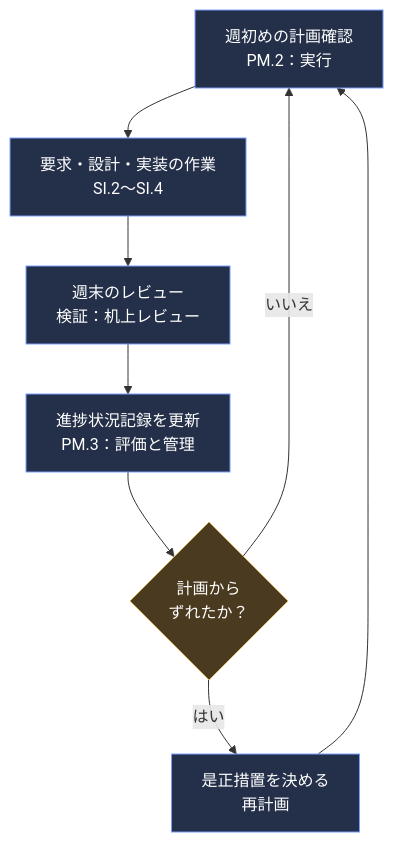
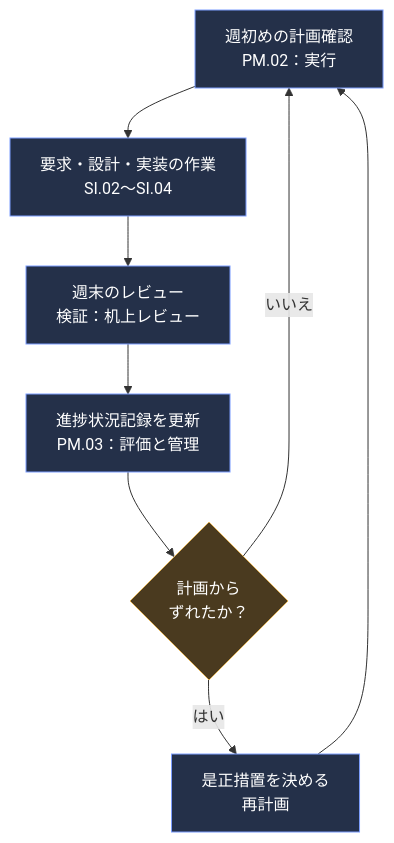
One commit to myoshi2891/Quality-Assurance-Studies changed diagram 13 of 13 in Iso-iec-29110-5-1-2-2025-beginner-guide.md. Above: the diagram before and after it, drawn with Mermaid. The commit also changed other lines of this file, not shown here.

````diff
--- a/Iso-iec-29110-5-1-2-2025-beginner-guide.md
+++ b/Iso-iec-29110-5-1-2-2025-beginner-guide.md
@@ -619,14 +624,14 @@
 ```mermaid
 flowchart TB
-    EG1["週初めの計画確認<br/>PM.2：実行"] --> EG2["要求・設計・実装の作業<br/>SI.2〜SI.4"]
+    EG1["週初めの計画確認<br/>PM.02：実行"] --> EG2["要求・設計・実装の作業<br/>SI.02〜SI.04"]
     EG2 --> EG3["週末のレビュー<br/>検証：机上レビュー"]
-    EG3 --> EG4["進捗状況記録を更新<br/>PM.3：評価と管理"]
+    EG3 --> EG4["進捗状況記録を更新<br/>PM.03：評価と管理"]
     EG4 --> EG5{"計画から<br/>ずれたか？"}
     EG5 -->|"はい"| EG6["是正措置を決める<br/>再計画"]
     EG5 -->|"いいえ"| EG1
     EG6 --> EG1
     classDef s fill:#243049,stroke:#7c9eff,color:#ffffff
     classDef d fill:#4a3a1f,stroke:#e2b45a,color:#ffffff
     class EG1,EG2,EG3,EG4,EG6 s
     class EG5 d
 ```
````
